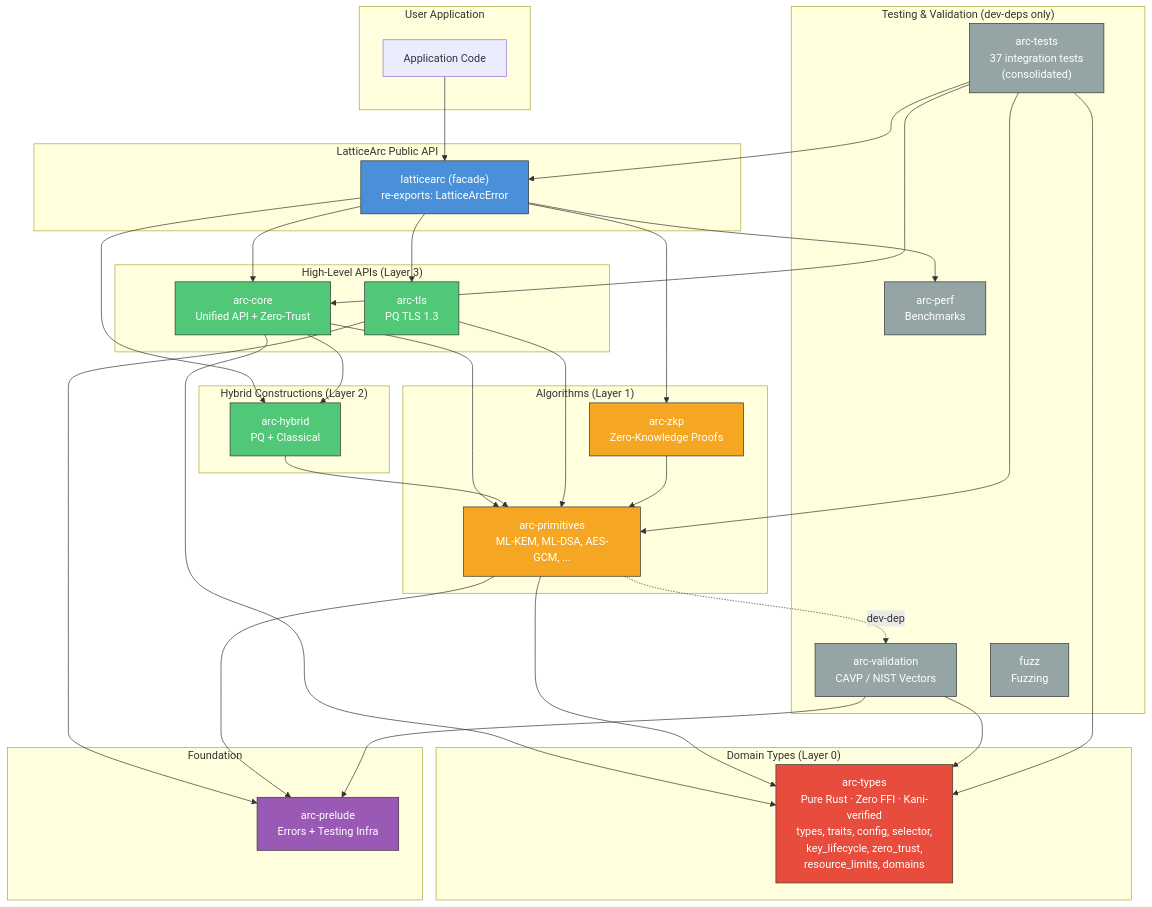
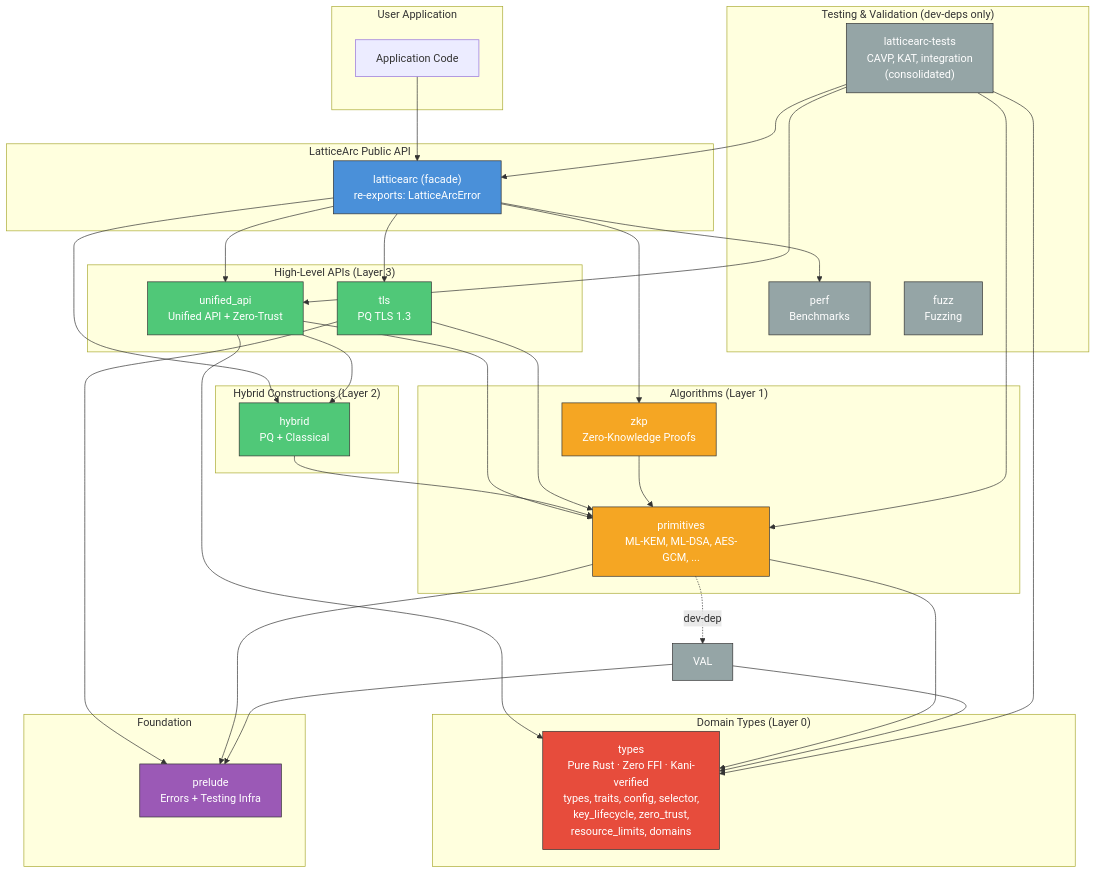
The first of 11 diagrams in docs/DESIGN.md (LatticeArc/latticearc), drawn with Mermaid before and after one commit. The commit also changed other lines of this file and 53 other files, not shown here.

````diff
--- a/docs/DESIGN.md
+++ b/docs/DESIGN.md
@@ -37,77 +37,76 @@
 ```mermaid
 graph TB
     subgraph "User Application"
         APP[Application Code]
     end
 
     subgraph "LatticeArc Public API"
         MAIN["latticearc (facade)<br/>re-exports: LatticeArcError"]
     end
 
     subgraph "High-Level APIs (Layer 3)"
-        CORE[arc-core<br/>Unified API + Zero-Trust]
-        TLS[arc-tls<br/>PQ TLS 1.3]
+        CORE[unified_api<br/>Unified API + Zero-Trust]
+        TLS[tls<br/>PQ TLS 1.3]
     end
 
     subgraph "Hybrid Constructions (Layer 2)"
-        HYBRID[arc-hybrid<br/>PQ + Classical]
+        HYBRID[hybrid<br/>PQ + Classical]
     end
 
     subgraph "Algorithms (Layer 1)"
-        PRIM[arc-primitives<br/>ML-KEM, ML-DSA, AES-GCM, ...]
-        ZKP[arc-zkp<br/>Zero-Knowledge Proofs]
+        PRIM[primitives<br/>ML-KEM, ML-DSA, AES-GCM, ...]
+        ZKP[zkp<br/>Zero-Knowledge Proofs]
     end
 
     subgraph "Domain Types (Layer 0)"
-        TYPES["arc-types<br/>Pure Rust · Zero FFI · Kani-verified<br/>types, traits, config, selector,<br/>key_lifecycle, zero_trust,<br/>resource_limits, domains"]
+        TYPES["types<br/>Pure Rust · Zero FFI · Kani-verified<br/>types, traits, config, selector,<br/>key_lifecycle, zero_trust,<br/>resource_limits, domains"]
     end
 
     subgraph "Foundation"
-        PRELUDE[arc-prelude<br/>Errors + Testing Infra]
+        PRELUDE[prelude<br/>Errors + Testing Infra]
     end
 
     subgraph "Testing & Validation (dev-deps only)"
-        VAL[arc-validation<br/>CAVP / NIST Vectors]
-        TESTS["arc-tests<br/>37 integration tests<br/>(consolidated)"]
-        PERF[arc-perf<br/>Benchmarks]
+        TESTS["latticearc-tests<br/>CAVP, KAT, integration<br/>(consolidated)"]
+        PERF[perf<br/>Benchmarks]
         FUZZ[fuzz<br/>Fuzzing]
     end
 
     APP --> MAIN
     MAIN --> CORE
     MAIN --> HYBRID
     MAIN --> TLS
     MAIN --> ZKP
     MAIN --> PERF
     CORE --> TYPES
     CORE --> PRIM
     CORE --> HYBRID
     HYBRID --> PRIM
     TLS --> PRIM
     TLS --> PRELUDE
     ZKP --> PRIM
     PRIM --> TYPES
     PRIM --> PRELUDE
     PRIM -.->|dev-dep| VAL
     VAL --> PRELUDE
     VAL --> TYPES
     TESTS --> MAIN
     TESTS --> CORE
     TESTS --> PRIM
     TESTS --> TYPES
 
     classDef facade fill:#4a90d9,stroke:#333,color:#fff
     classDef highlevel fill:#50c878,stroke:#333,color:#fff
     classDef core fill:#f5a623,stroke:#333,color:#fff
     classDef types fill:#e74c3c,stroke:#333,color:#fff
     classDef foundation fill:#9b59b6,stroke:#333,color:#fff
     classDef testing fill:#95a5a6,stroke:#333,color:#fff
 
     class MAIN facade
     class CORE,TLS highlevel
     class HYBRID highlevel
     class TYPES types
     class PRIM,ZKP core
     class PRELUDE foundation
     class VAL,PERF,TESTS,FUZZ testing
 ```
````
